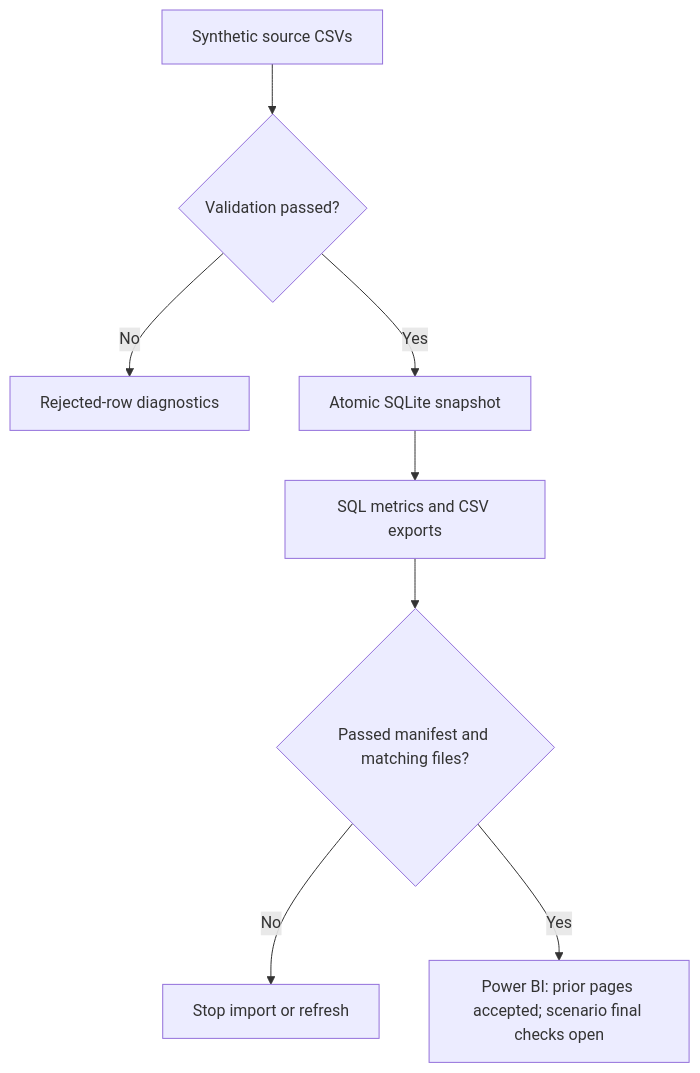
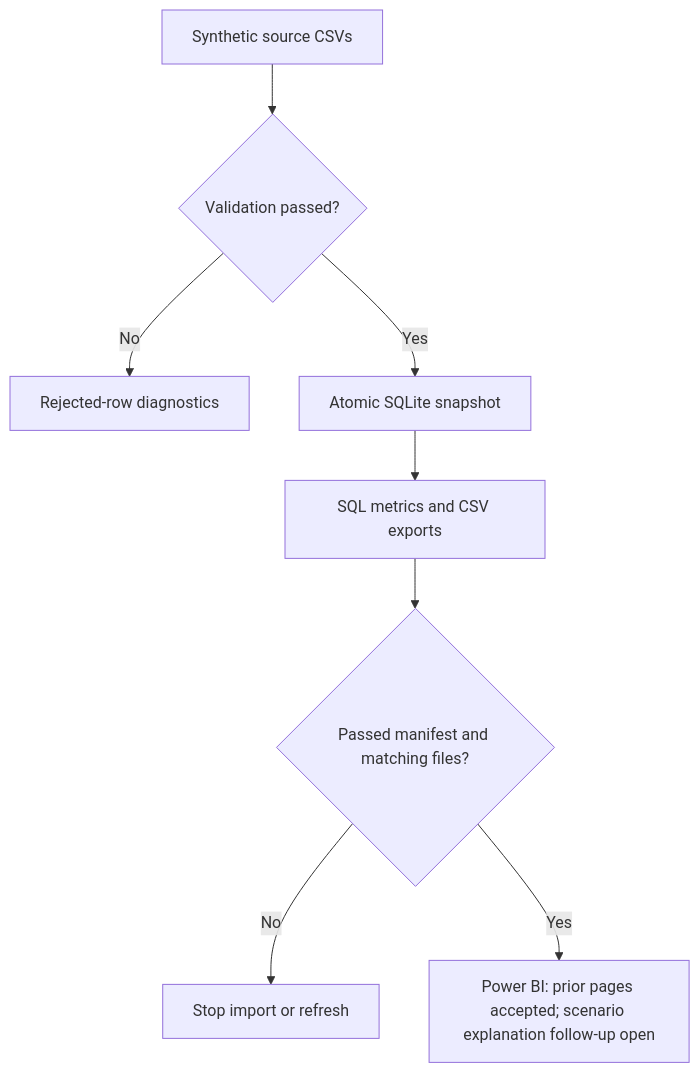
The diagram in README.md (Tros112/operational-readiness-intelligence), drawn with Mermaid before and after one commit. The commit also changed other lines of this file and 13 other files, not shown here.

Commit message:
Accept Day 10 report checks and refine scenario explanations

````diff
--- a/README.md
+++ b/README.md
@@ -68,10 +68,10 @@
 ```mermaid
 flowchart TD
     A["Synthetic source CSVs"] --> B{"Validation passed?"}
     B -->|No| C["Rejected-row diagnostics"]
     B -->|Yes| D["Atomic SQLite snapshot"]
     D --> E["SQL metrics and CSV exports"]
     E --> F{"Passed manifest and matching files?"}
     F -->|No| G["Stop import or refresh"]
-    F -->|Yes| H["Power BI: prior pages accepted; scenario final checks open"]
+    F -->|Yes| H["Power BI: prior pages accepted; scenario explanation follow-up open"]
 ```
````
